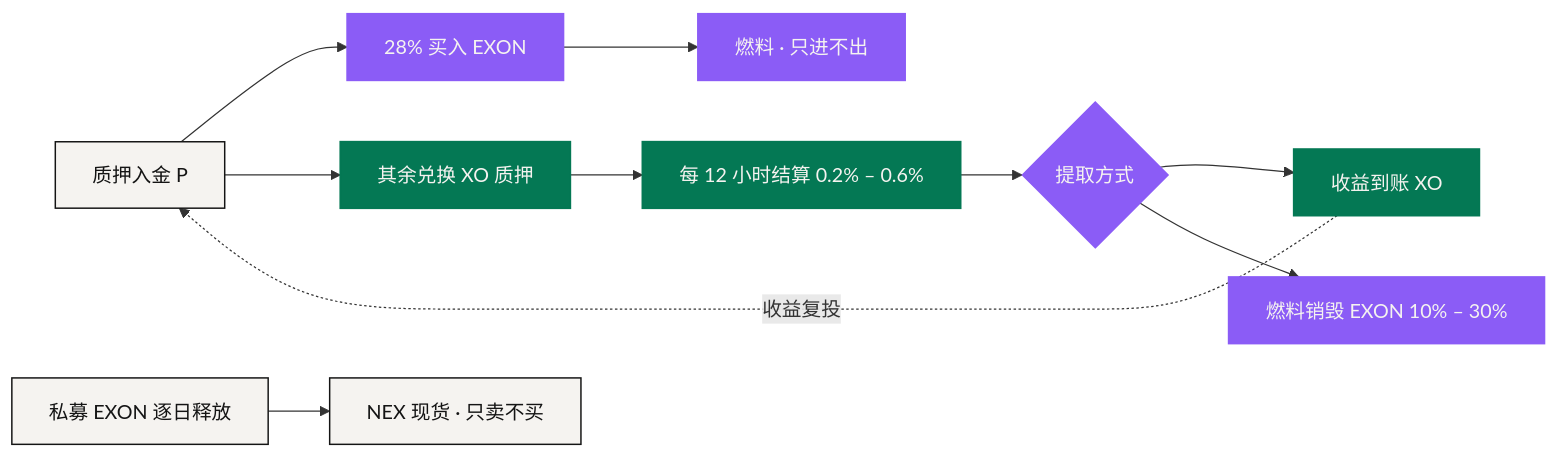
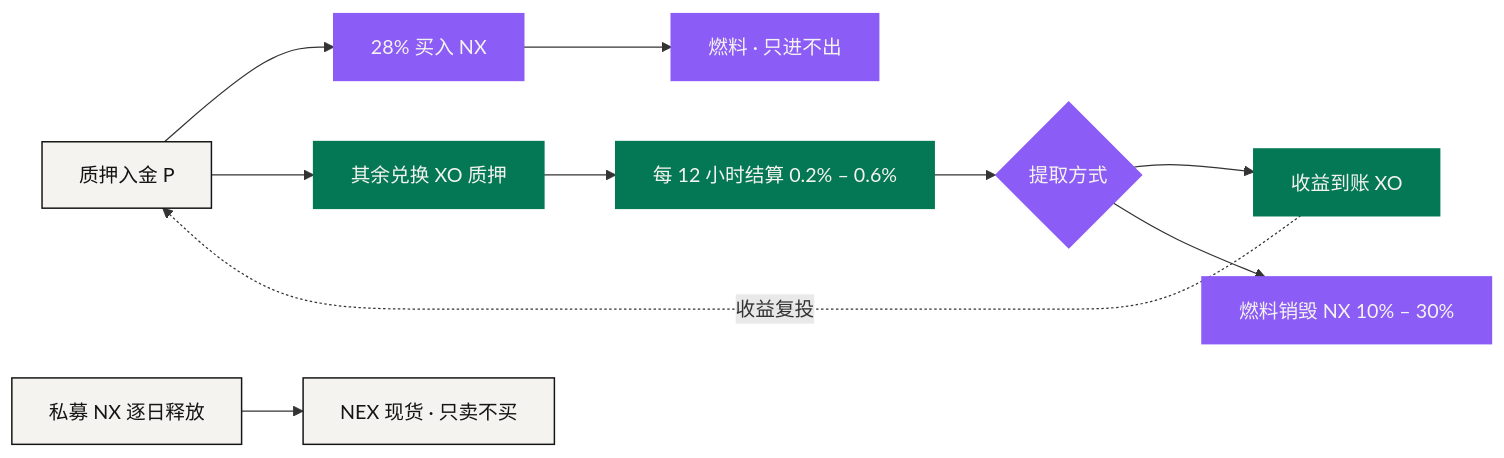
One commit to NEXONMarkets/NEXON-Whitepaper changed the diagram in docs/zh/05-tokenomics/value-flows.md. Above: the diagram before and after it, drawn with Mermaid. The commit also changed other lines of this file and 92 other files, not shown here.

````diff
--- a/docs/zh/05-tokenomics/value-flows.md
+++ b/docs/zh/05-tokenomics/value-flows.md
@@ -68,18 +68,18 @@
 ```mermaid
 flowchart LR
-    P["质押入金 P"] --> B["28% 买入 EXON"]
+    P["质押入金 P"] --> B["28% 买入 NX"]
     P --> S["其余兑换 XO 质押"]
     B --> W["燃料 · 只进不出"]
     S --> R["每 12 小时结算 0.2% – 0.6%"]
     R --> C{"提取方式"}
     C --> N["收益到账 XO"]
-    C --> X["燃料销毁 EXON 10% – 30%"]
+    C --> X["燃料销毁 NX 10% – 30%"]
     N -. "收益复投" .-> P
-    V["私募 EXON 逐日释放"] --> M["NEX 现货 · 只卖不买"]
+    V["私募 NX 逐日释放"] --> M["NEX 现货 · 只卖不买"]
     classDef anchor fill:#047854,stroke:#047854,stroke-width:1.5px,color:#F5F3F0
     classDef engine fill:#8B5CF6,stroke:#8B5CF6,stroke-width:1.5px,color:#F5F3F0
     classDef solid  fill:#F5F3F0,stroke:#141414,stroke-width:1.2px,color:#141414
     class P,V,M solid
     class S,R,N anchor
     class B,W,C,X engine
 ```
````
